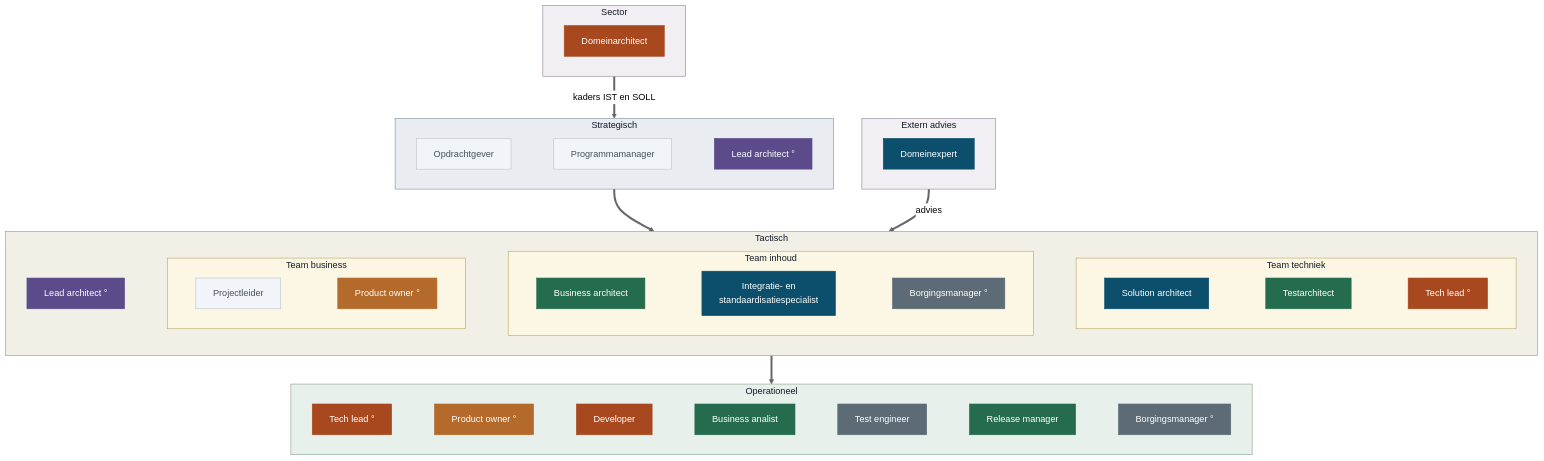
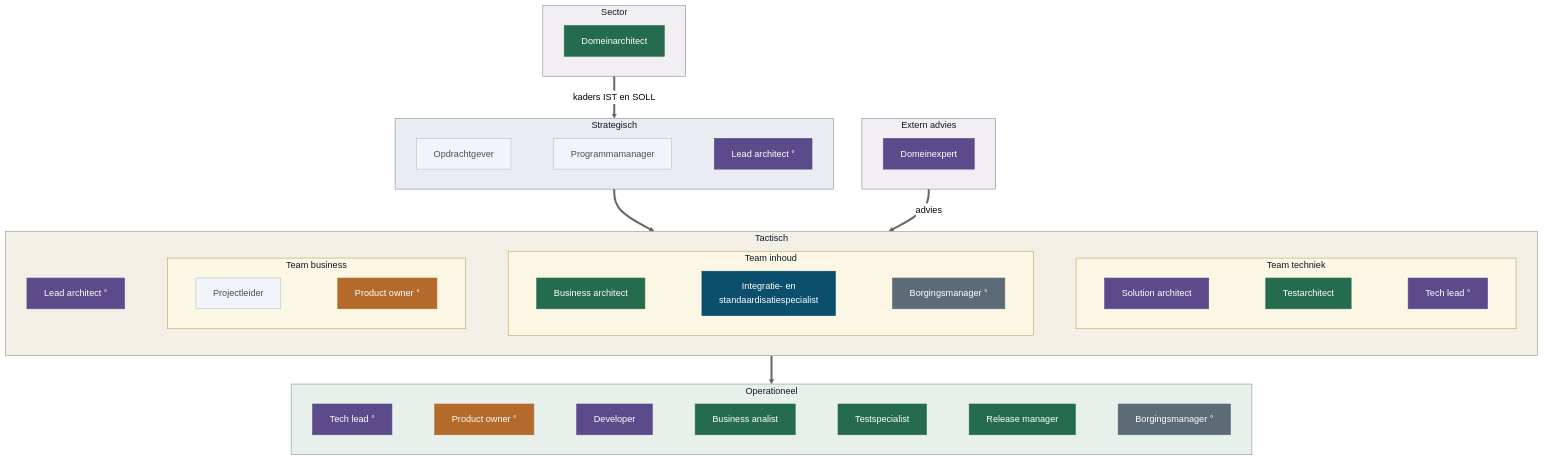
Before and after one commit to Npuls-OKx/meta: the sixth of 6 diagrams in presentaties/src/260903_rollen.md, drawn with Mermaid (neutral theme). The commit also changed other lines of this file, not shown here.

First line of the commit message:
Testspecialist door het hele deck, en de verdeling nu en straks bijgesteld

````diff
--- a/presentaties/src/260903_rollen.md
+++ b/presentaties/src/260903_rollen.md
@@ -727,69 +727,69 @@
 ```mermaid
 flowchart TB
   subgraph EX["Extern advies"]
     direction LR
     DE["Domeinexpert"]
   end
   subgraph SEC["Sector"]
     direction LR
     DA["Domeinarchitect"]
   end
   subgraph S["Strategisch"]
     direction LR
     OG["Opdrachtgever"] ~~~ PM["Programmamanager"] ~~~ LA1["Lead architect °"]
   end
   subgraph T["Tactisch"]
     direction LR
     LA2["Lead architect °"]
     subgraph TB2["Team business"]
       direction LR
       PL["Projectleider"] ~~~ PO1["Product owner °"]
     end
     subgraph TI["Team inhoud"]
       direction LR
       BAR["Business architect"] ~~~ IS["Integratie- en<br/>standaardisatiespecialist"] ~~~ BM1["Borgingsmanager °"]
     end
     subgraph TT["Team techniek"]
       direction LR
       SA["Solution architect"] ~~~ TA["Testarchitect"] ~~~ TL1["Tech lead °"]
     end
     LA2 ~~~ TB2 ~~~ TI ~~~ TT
   end
   subgraph O["Operationeel"]
     direction LR
-    TL2["Tech lead °"] ~~~ PO2["Product owner °"] ~~~ DEV["Developer"] ~~~ BA["Business analist"] ~~~ TE["Test engineer"] ~~~ RM["Release manager"] ~~~ BM2["Borgingsmanager °"]
+    TL2["Tech lead °"] ~~~ PO2["Product owner °"] ~~~ DEV["Developer"] ~~~ BA["Business analist"] ~~~ TE["Testspecialist"] ~~~ RM["Release manager"] ~~~ BM2["Borgingsmanager °"]
   end
   S ==> T
   T ==> O
   EX ==>|advies| T
   SEC ==>|kaders IST en SOLL| S
   style TB2 fill:#fbf7e4,stroke:#b3a55f,color:#111827
   style TI fill:#fbf7e4,stroke:#b3a55f,color:#111827
   style TT fill:#fbf7e4,stroke:#b3a55f,color:#111827
   style EX fill:#f2eff4,stroke:#8c7e94,color:#111827
   style SEC fill:#f2eff4,stroke:#8c7e94,color:#111827
   style S fill:#e9edf2,stroke:#7d8a99,color:#111827
   style T fill:#f2efe7,stroke:#9a9280,color:#111827
   style O fill:#e8f0ec,stroke:#7f9a8c,color:#111827
-  style LA1 fill:#5B4B8A,stroke:#5B4B8A,color:#fff
-  style LA2 fill:#5B4B8A,stroke:#5B4B8A,color:#fff
-  style SA fill:#0B4F6C,stroke:#0B4F6C,color:#fff
-  style IS fill:#0B4F6C,stroke:#0B4F6C,color:#fff
-  style DE fill:#0B4F6C,stroke:#0B4F6C,color:#fff
-  style PO1 fill:#B36A2A,stroke:#B36A2A,color:#fff
-  style PO2 fill:#B36A2A,stroke:#B36A2A,color:#fff
-  style TL1 fill:#A8481F,stroke:#A8481F,color:#fff
-  style TL2 fill:#A8481F,stroke:#A8481F,color:#fff
-  style DEV fill:#A8481F,stroke:#A8481F,color:#fff
-  style DA fill:#A8481F,stroke:#A8481F,color:#fff
-  style BAR fill:#256B4E,stroke:#256B4E,color:#fff
-  style BA fill:#256B4E,stroke:#256B4E,color:#fff
-  style TA fill:#256B4E,stroke:#256B4E,color:#fff
-  style RM fill:#256B4E,stroke:#256B4E,color:#fff
-  style TE fill:#5C6B75,stroke:#5C6B75,color:#fff
-  style BM1 fill:#5C6B75,stroke:#5C6B75,color:#fff
-  style BM2 fill:#5C6B75,stroke:#5C6B75,color:#fff
+  style PO1 fill:#B36A2A,stroke:#B36A2A,color:#ffffff
+  style PO2 fill:#B36A2A,stroke:#B36A2A,color:#ffffff
+  style IS fill:#0B4F6C,stroke:#0B4F6C,color:#ffffff
+  style SA fill:#5B4B8A,stroke:#5B4B8A,color:#ffffff
+  style TL1 fill:#5B4B8A,stroke:#5B4B8A,color:#ffffff
+  style TL2 fill:#5B4B8A,stroke:#5B4B8A,color:#ffffff
+  style LA1 fill:#5B4B8A,stroke:#5B4B8A,color:#ffffff
+  style LA2 fill:#5B4B8A,stroke:#5B4B8A,color:#ffffff
+  style DEV fill:#5B4B8A,stroke:#5B4B8A,color:#ffffff
+  style DE fill:#5B4B8A,stroke:#5B4B8A,color:#ffffff
+  style BAR fill:#256B4E,stroke:#256B4E,color:#ffffff
+  style BA fill:#256B4E,stroke:#256B4E,color:#ffffff
+  style TA fill:#256B4E,stroke:#256B4E,color:#ffffff
+  style RM fill:#256B4E,stroke:#256B4E,color:#ffffff
+  style TE fill:#256B4E,stroke:#256B4E,color:#ffffff
+  style DA fill:#256B4E,stroke:#256B4E,color:#ffffff
+  style BM1 fill:#5C6B75,stroke:#5C6B75,color:#ffffff
+  style BM2 fill:#5C6B75,stroke:#5C6B75,color:#ffffff
   style OG fill:#f1f4f8,stroke:#b7c0ca,color:#46525f
   style PM fill:#f1f4f8,stroke:#b7c0ca,color:#46525f
   style PL fill:#f1f4f8,stroke:#b7c0ca,color:#46525f
 ```
````
